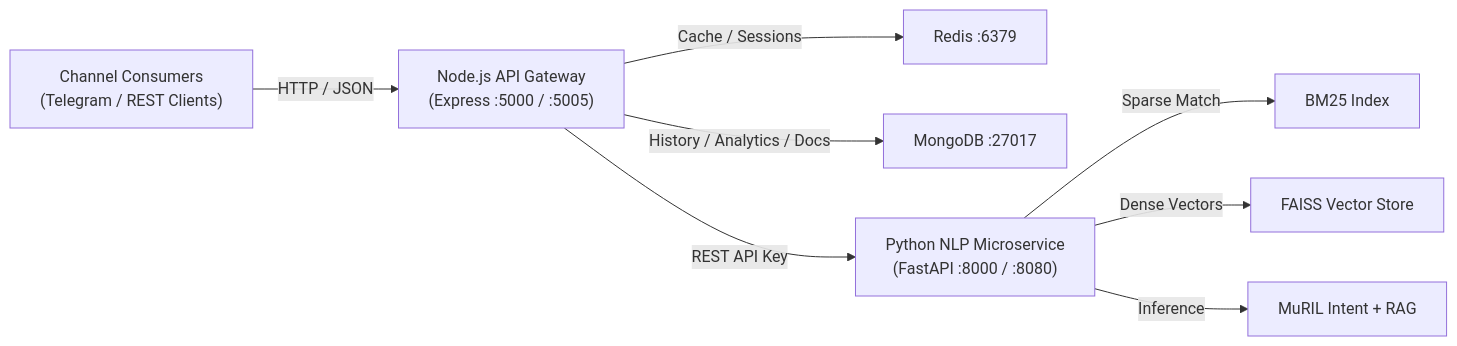
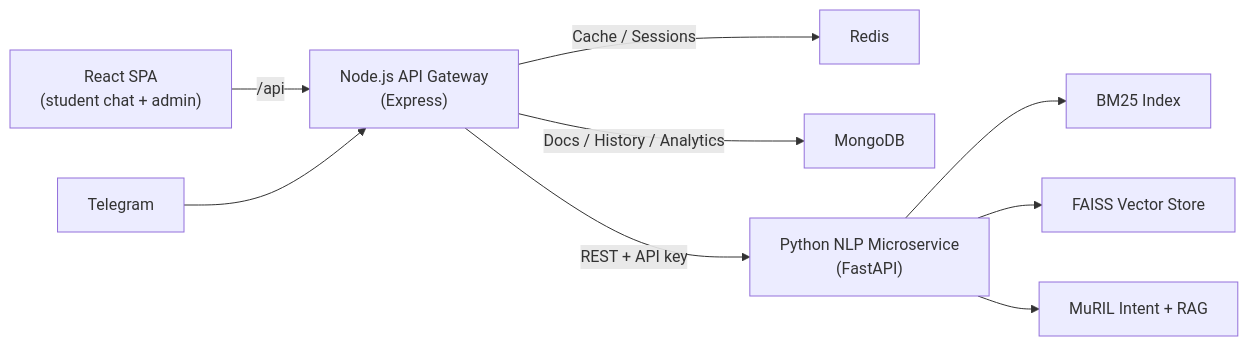
The diagram in README.md (miral14022006/CampusMate), drawn with Mermaid before and after one commit. The commit also changed other lines of this file and 185 other files, not shown here.

````diff
--- a/README.md
+++ b/README.md
@@ -11,10 +17,11 @@
 ```mermaid
 flowchart LR
-    A["Channel Consumers<br/>(Telegram / REST Clients)"] -->|HTTP / JSON| B["Node.js API Gateway<br/>(Express :5000 / :5005)"]
-    B -->|Cache / Sessions| C["Redis :6379"]
-    B -->|History / Analytics / Docs| D["MongoDB :27017"]
-    B -->|REST API Key| E["Python NLP Microservice<br/>(FastAPI :8000 / :8080)"]
-    E -->|Sparse Match| F["BM25 Index"]
-    E -->|Dense Vectors| G["FAISS Vector Store"]
-    E -->|Inference| H["MuRIL Intent + RAG"]
+    S["React SPA<br/>(student chat + admin)"] -->|/api| B["Node.js API Gateway<br/>(Express)"]
+    B -->|Cache / Sessions| C["Redis"]
+    B -->|Docs / History / Analytics| D["MongoDB"]
+    B -->|REST + API key| E["Python NLP Microservice<br/>(FastAPI)"]
+    E --> F["BM25 Index"]
+    E --> G["FAISS Vector Store"]
+    E --> H["MuRIL Intent + RAG"]
+    T["Telegram"] --> B
 ```
````
